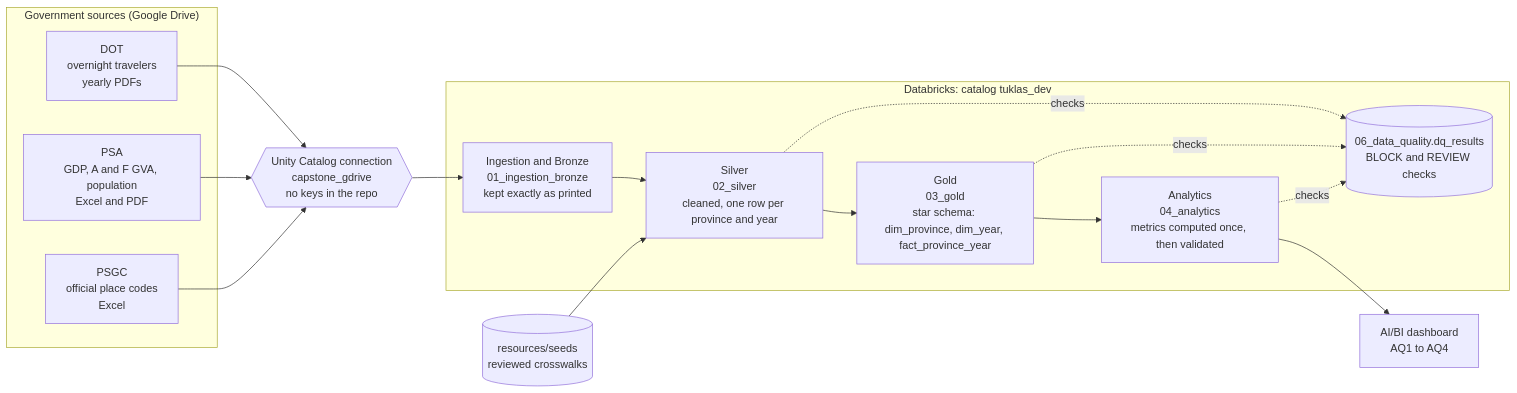
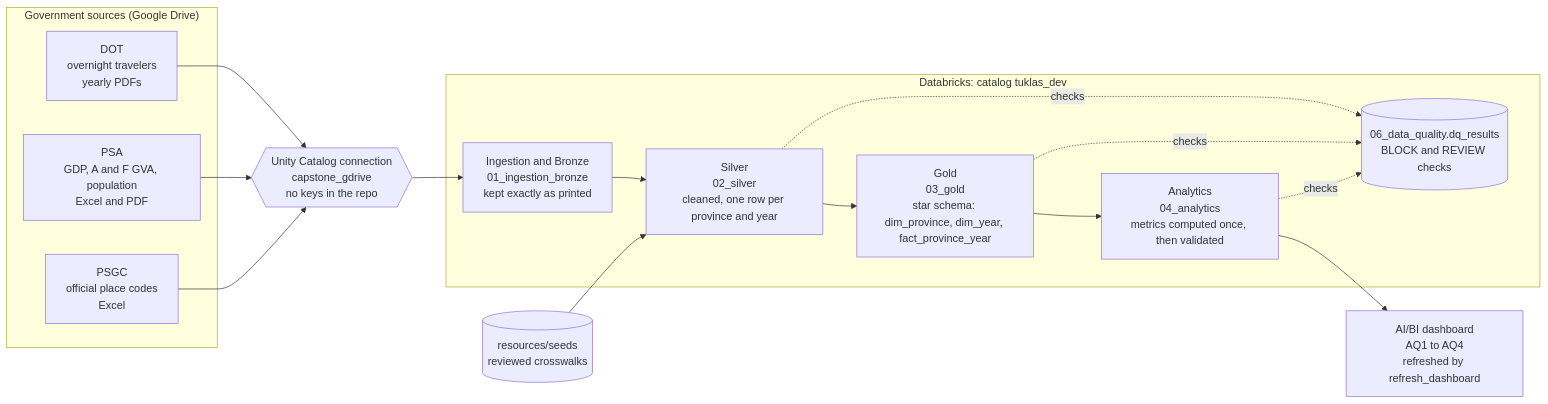
Before and after one commit to ftw-git-away/provinsights-ph-tourism: the diagram in README.md, drawn with Mermaid. The commit also changed other lines of this file, not shown here.

````diff
--- a/README.md
+++ b/README.md
@@ -105,31 +105,31 @@
 ```mermaid
 flowchart LR
     subgraph SRC["Government sources (Google Drive)"]
         DOT["DOT<br/>overnight travelers<br/>yearly PDFs"]
         PSA["PSA<br/>GDP, A and F GVA, population<br/>Excel and PDF"]
         PSGC["PSGC<br/>official place codes<br/>Excel"]
     end
 
     CONN{{"Unity Catalog connection<br/>capstone_gdrive<br/>no keys in the repo"}}
 
     subgraph DBX["Databricks: catalog tuklas_dev"]
         BR["Ingestion and Bronze<br/>01_ingestion_bronze<br/>kept exactly as printed"]
         SV["Silver<br/>02_silver<br/>cleaned, one row per province and year"]
         GD["Gold<br/>03_gold<br/>star schema: dim_province, dim_year, fact_province_year"]
         AN["Analytics<br/>04_analytics<br/>metrics computed once, then validated"]
         DQ[("06_data_quality.dq_results<br/>BLOCK and REVIEW checks")]
     end
 
     SEED[("resources/seeds<br/>reviewed crosswalks")]
-    DASH["AI/BI dashboard<br/>AQ1 to AQ4"]
+    DASH["AI/BI dashboard<br/>AQ1 to AQ4<br/>refreshed by refresh_dashboard"]
 
     DOT --> CONN
     PSA --> CONN
     PSGC --> CONN
     CONN --> BR
     BR --> SV --> GD --> AN --> DASH
     SEED --> SV
     SV -. checks .-> DQ
     GD -. checks .-> DQ
     AN -. checks .-> DQ
 ```
````
